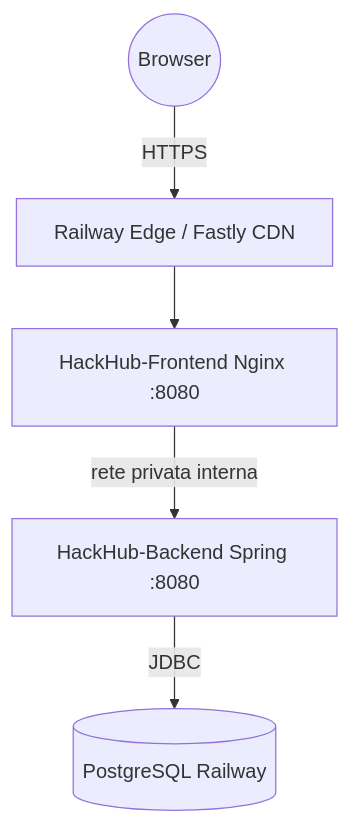
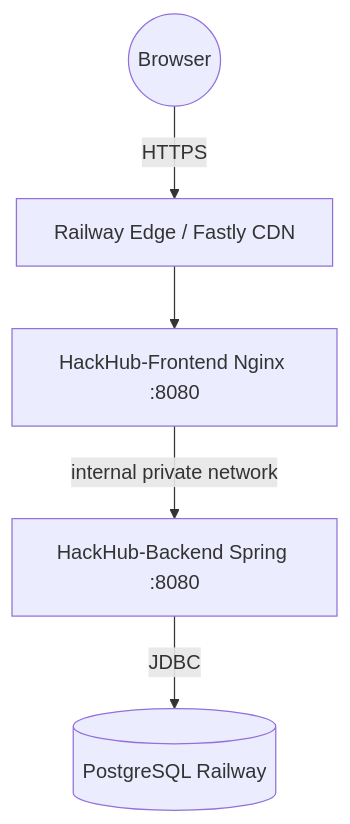
One commit to AlessioPiana54/HackHub changed the second of 4 diagrams in README.md. Above: the diagram before and after it, drawn with Mermaid. The commit also changed other lines of this file and 15 other files, not shown here.

````diff
--- a/README.md
+++ b/README.md
@@ -432,7 +459,7 @@
 ```mermaid
 graph TD
     User((Browser)) -->|HTTPS| Edge[Railway Edge / Fastly CDN]
     Edge --> Frontend[HackHub-Frontend Nginx :8080]
-    Frontend -->|rete privata interna| Backend[HackHub-Backend Spring :8080]
+    Frontend -->|internal private network| Backend[HackHub-Backend Spring :8080]
     Backend -->|JDBC| DB[(PostgreSQL Railway)]
 ```
````
